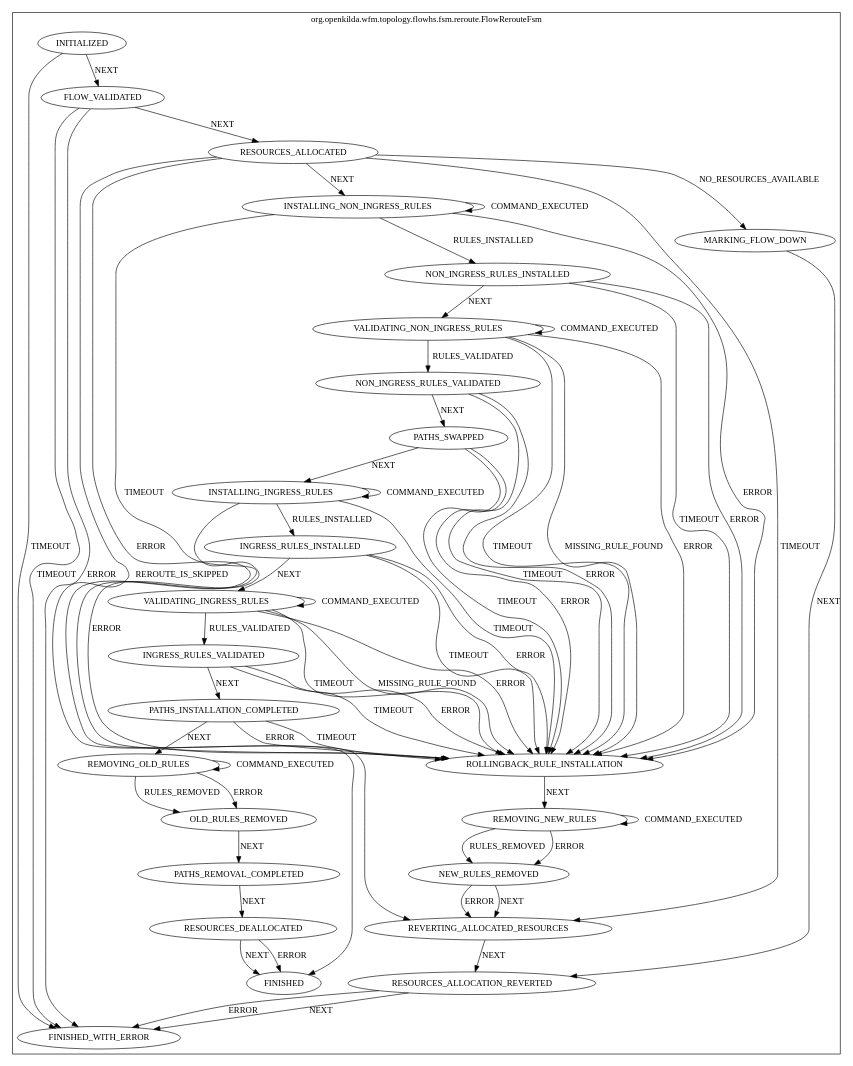
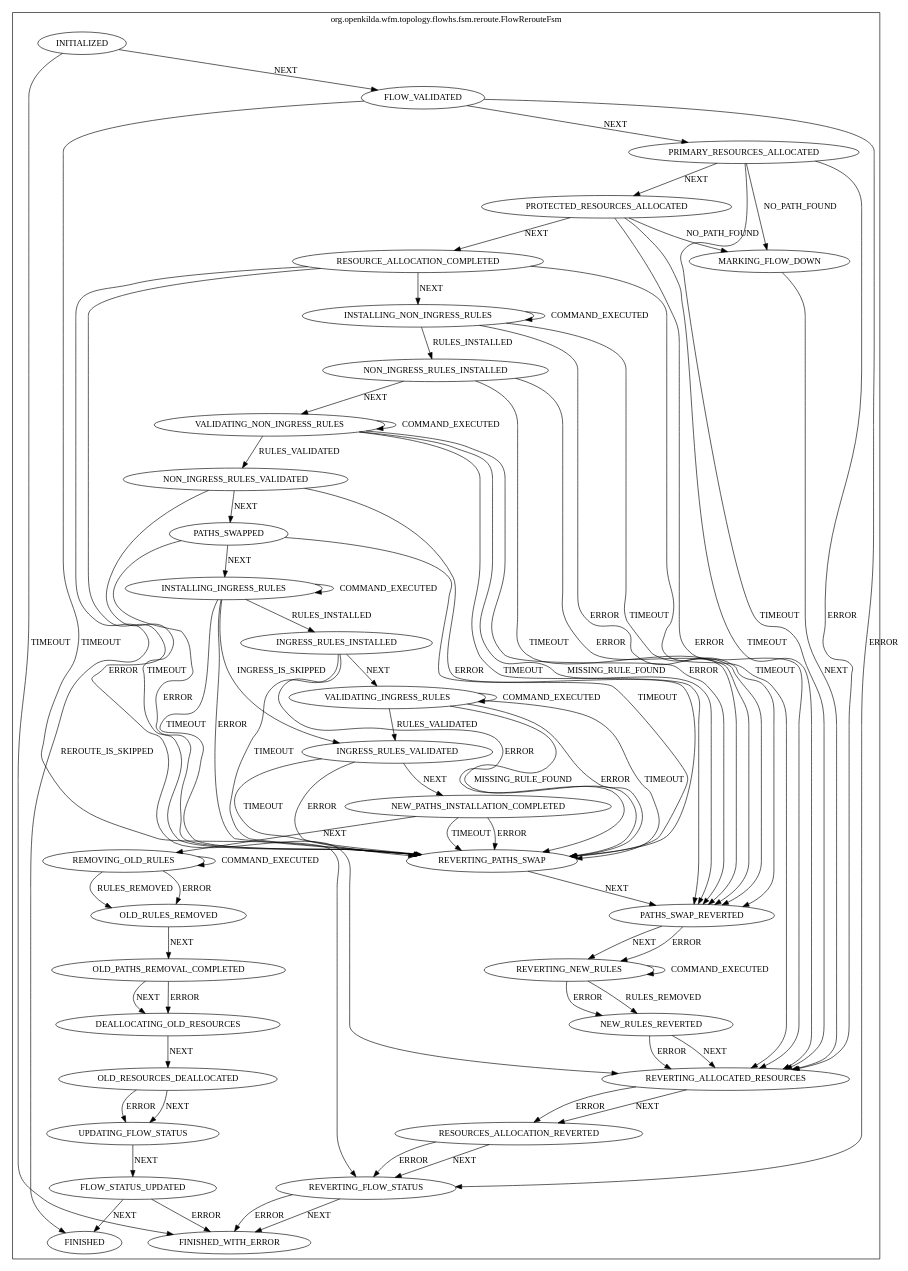
One commit to telstra/open-kilda changed the diagram in docs/design/hub-and-spoke/reroute/flow-reroute-fsm.dot. Above: the diagram before and after it, drawn with Graphviz. The commit also changed 105 other files, not shown here.

Commit message:
Restructure resource allocation step to minimize transaction contention and locks.

```diff
--- a/docs/design/hub-and-spoke/reroute/flow-reroute-fsm.dot
+++ b/docs/design/hub-and-spoke/reroute/flow-reroute-fsm.dot
@@ -1,93 +1,118 @@
 digraph {
 compound=true;
 subgraph cluster_StateMachine {
 label="org.openkilda.wfm.topology.flowhs.fsm.reroute.FlowRerouteFsm";
+PATHS_SWAPPED [label="PATHS_SWAPPED"];
+FINISHED [label="FINISHED"];
+VALIDATING_NON_INGRESS_RULES [label="VALIDATING_NON_INGRESS_RULES"];
+INSTALLING_NON_INGRESS_RULES [label="INSTALLING_NON_INGRESS_RULES"];
+REVERTING_NEW_RULES [label="REVERTING_NEW_RULES"];
+REVERTING_PATHS_SWAP [label="REVERTING_PATHS_SWAP"];
+PATHS_SWAP_REVERTED [label="PATHS_SWAP_REVERTED"];
+NEW_RULES_REVERTED [label="NEW_RULES_REVERTED"];
+PROTECTED_RESOURCES_ALLOCATED [label="PROTECTED_RESOURCES_ALLOCATED"];
+RESOURCE_ALLOCATION_COMPLETED [label="RESOURCE_ALLOCATION_COMPLETED"];
 OLD_RULES_REMOVED [label="OLD_RULES_REMOVED"];
+NON_INGRESS_RULES_VALIDATED [label="NON_INGRESS_RULES_VALIDATED"];
+RESOURCES_ALLOCATION_REVERTED [label="RESOURCES_ALLOCATION_REVERTED"];
+OLD_RESOURCES_DEALLOCATED [label="OLD_RESOURCES_DEALLOCATED"];
+UPDATING_FLOW_STATUS [label="UPDATING_FLOW_STATUS"];
+REMOVING_OLD_RULES [label="REMOVING_OLD_RULES"];
+DEALLOCATING_OLD_RESOURCES [label="DEALLOCATING_OLD_RESOURCES"];
+REVERTING_ALLOCATED_RESOURCES [label="REVERTING_ALLOCATED_RESOURCES"];
 INITIALIZED [label="INITIALIZED"];
-ROLLINGBACK_RULE_INSTALLATION [label="ROLLINGBACK_RULE_INSTALLATION"];
-RESOURCES_ALLOCATION_REVERTED [label="RESOURCES_ALLOCATION_REVERTED"];
-RESOURCES_DEALLOCATED [label="RESOURCES_DEALLOCATED"];
-PATHS_INSTALLATION_COMPLETED [label="PATHS_INSTALLATION_COMPLETED"];
-NON_INGRESS_RULES_VALIDATED [label="NON_INGRESS_RULES_VALIDATED"];
-NEW_RULES_REMOVED [label="NEW_RULES_REMOVED"];
-INSTALLING_NON_INGRESS_RULES [label="INSTALLING_NON_INGRESS_RULES"];
-VALIDATING_NON_INGRESS_RULES [label="VALIDATING_NON_INGRESS_RULES"];
-PATHS_SWAPPED [label="PATHS_SWAPPED"];
+VALIDATING_INGRESS_RULES [label="VALIDATING_INGRESS_RULES"];
+INSTALLING_INGRESS_RULES [label="INSTALLING_INGRESS_RULES"];
+PRIMARY_RESOURCES_ALLOCATED [label="PRIMARY_RESOURCES_ALLOCATED"];
+FLOW_STATUS_UPDATED [label="FLOW_STATUS_UPDATED"];
+FLOW_VALIDATED [label="FLOW_VALIDATED"];
+NEW_PATHS_INSTALLATION_COMPLETED [label="NEW_PATHS_INSTALLATION_COMPLETED"];
+INGRESS_RULES_INSTALLED [label="INGRESS_RULES_INSTALLED"];
+FINISHED_WITH_ERROR [label="FINISHED_WITH_ERROR"];
+NON_INGRESS_RULES_INSTALLED [label="NON_INGRESS_RULES_INSTALLED"];
+REVERTING_FLOW_STATUS [label="REVERTING_FLOW_STATUS"];
+MARKING_FLOW_DOWN [label="MARKING_FLOW_DOWN"];
+OLD_PATHS_REMOVAL_COMPLETED [label="OLD_PATHS_REMOVAL_COMPLETED"];
 INGRESS_RULES_VALIDATED [label="INGRESS_RULES_VALIDATED"];
-NON_INGRESS_RULES_INSTALLED [label="NON_INGRESS_RULES_INSTALLED"];
-FINISHED [label="FINISHED"];
-MARKING_FLOW_DOWN [label="MARKING_FLOW_DOWN"];
-REMOVING_NEW_RULES [label="REMOVING_NEW_RULES"];
-FINISHED_WITH_ERROR [label="FINISHED_WITH_ERROR"];
-INGRESS_RULES_INSTALLED [label="INGRESS_RULES_INSTALLED"];
-REVERTING_ALLOCATED_RESOURCES [label="REVERTING_ALLOCATED_RESOURCES"];
-RESOURCES_ALLOCATED [label="RESOURCES_ALLOCATED"];
-REMOVING_OLD_RULES [label="REMOVING_OLD_RULES"];
-VALIDATING_INGRESS_RULES [label="VALIDATING_INGRESS_RULES"];
-PATHS_REMOVAL_COMPLETED [label="PATHS_REMOVAL_COMPLETED"];
-INSTALLING_INGRESS_RULES [label="INSTALLING_INGRESS_RULES"];
-FLOW_VALIDATED [label="FLOW_VALIDATED"];
 
-OLD_RULES_REMOVED -> PATHS_REMOVAL_COMPLETED [ label="NEXT"];
-INITIALIZED -> FLOW_VALIDATED [ label="NEXT"];
-INITIALIZED -> FINISHED_WITH_ERROR [ label="TIMEOUT"];
-ROLLINGBACK_RULE_INSTALLATION -> REMOVING_NEW_RULES [ label="NEXT"];
-RESOURCES_ALLOCATION_REVERTED -> FINISHED_WITH_ERROR [ label="NEXT"];
-RESOURCES_ALLOCATION_REVERTED -> FINISHED_WITH_ERROR [ label="ERROR"];
-RESOURCES_DEALLOCATED -> FINISHED [ label="NEXT"];
-RESOURCES_DEALLOCATED -> FINISHED [ label="ERROR"];
-PATHS_INSTALLATION_COMPLETED -> REMOVING_OLD_RULES [ label="NEXT"];
-PATHS_INSTALLATION_COMPLETED -> ROLLINGBACK_RULE_INSTALLATION [ label="TIMEOUT"];
-PATHS_INSTALLATION_COMPLETED -> ROLLINGBACK_RULE_INSTALLATION [ label="ERROR"];
-NON_INGRESS_RULES_VALIDATED -> PATHS_SWAPPED [ label="NEXT"];
-NON_INGRESS_RULES_VALIDATED -> ROLLINGBACK_RULE_INSTALLATION [ label="TIMEOUT"];
-NON_INGRESS_RULES_VALIDATED -> ROLLINGBACK_RULE_INSTALLATION [ label="ERROR"];
-NEW_RULES_REMOVED -> REVERTING_ALLOCATED_RESOURCES [ label="NEXT"];
-NEW_RULES_REMOVED -> REVERTING_ALLOCATED_RESOURCES [ label="ERROR"];
+PATHS_SWAPPED -> INSTALLING_INGRESS_RULES [ label="NEXT"];
+PATHS_SWAPPED -> REVERTING_PATHS_SWAP [ label="TIMEOUT"];
+PATHS_SWAPPED -> REVERTING_PATHS_SWAP [ label="ERROR"];
+VALIDATING_NON_INGRESS_RULES -> VALIDATING_NON_INGRESS_RULES [ label="COMMAND_EXECUTED"];
+VALIDATING_NON_INGRESS_RULES -> NON_INGRESS_RULES_VALIDATED [ label="RULES_VALIDATED"];
+VALIDATING_NON_INGRESS_RULES -> PATHS_SWAP_REVERTED [ label="TIMEOUT"];
+VALIDATING_NON_INGRESS_RULES -> PATHS_SWAP_REVERTED [ label="MISSING_RULE_FOUND"];
+VALIDATING_NON_INGRESS_RULES -> PATHS_SWAP_REVERTED [ label="ERROR"];
 INSTALLING_NON_INGRESS_RULES -> INSTALLING_NON_INGRESS_RULES [ label="COMMAND_EXECUTED"];
 INSTALLING_NON_INGRESS_RULES -> NON_INGRESS_RULES_INSTALLED [ label="RULES_INSTALLED"];
-INSTALLING_NON_INGRESS_RULES -> ROLLINGBACK_RULE_INSTALLATION [ label="TIMEOUT"];
-INSTALLING_NON_INGRESS_RULES -> ROLLINGBACK_RULE_INSTALLATION [ label="ERROR"];
-VALIDATING_NON_INGRESS_RULES -> VALIDATING_NON_INGRESS_RULES [ label="COMMAND_EXECUTED"];
-VALIDATING_NON_INGRESS_RULES -> NON_INGRESS_RULES_VALIDATED [ label="RULES_VALIDATED"];
-VALIDATING_NON_INGRESS_RULES -> ROLLINGBACK_RULE_INSTALLATION [ label="TIMEOUT"];
-VALIDATING_NON_INGRESS_RULES -> ROLLINGBACK_RULE_INSTALLATION [ label="MISSING_RULE_FOUND"];
-VALIDATING_NON_INGRESS_RULES -> ROLLINGBACK_RULE_INSTALLATION [ label="ERROR"];
-PATHS_SWAPPED -> INSTALLING_INGRESS_RULES [ label="NEXT"];
-PATHS_SWAPPED -> ROLLINGBACK_RULE_INSTALLATION [ label="TIMEOUT"];
-PATHS_SWAPPED -> ROLLINGBACK_RULE_INSTALLATION [ label="ERROR"];
-INGRESS_RULES_VALIDATED -> PATHS_INSTALLATION_COMPLETED [ label="NEXT"];
-INGRESS_RULES_VALIDATED -> ROLLINGBACK_RULE_INSTALLATION [ label="TIMEOUT"];
-INGRESS_RULES_VALIDATED -> ROLLINGBACK_RULE_INSTALLATION [ label="ERROR"];
-NON_INGRESS_RULES_INSTALLED -> VALIDATING_NON_INGRESS_RULES [ label="NEXT"];
-NON_INGRESS_RULES_INSTALLED -> ROLLINGBACK_RULE_INSTALLATION [ label="TIMEOUT"];
-NON_INGRESS_RULES_INSTALLED -> ROLLINGBACK_RULE_INSTALLATION [ label="ERROR"];
-MARKING_FLOW_DOWN -> RESOURCES_ALLOCATION_REVERTED [ label="NEXT"];
-REMOVING_NEW_RULES -> REMOVING_NEW_RULES [ label="COMMAND_EXECUTED"];
-REMOVING_NEW_RULES -> NEW_RULES_REMOVED [ label="RULES_REMOVED"];
-REMOVING_NEW_RULES -> NEW_RULES_REMOVED [ label="ERROR"];
-INGRESS_RULES_INSTALLED -> VALIDATING_INGRESS_RULES [ label="NEXT"];
-INGRESS_RULES_INSTALLED -> ROLLINGBACK_RULE_INSTALLATION [ label="TIMEOUT"];
-INGRESS_RULES_INSTALLED -> ROLLINGBACK_RULE_INSTALLATION [ label="ERROR"];
-REVERTING_ALLOCATED_RESOURCES -> RESOURCES_ALLOCATION_REVERTED [ label="NEXT"];
-RESOURCES_ALLOCATED -> INSTALLING_NON_INGRESS_RULES [ label="NEXT"];
-RESOURCES_ALLOCATED -> MARKING_FLOW_DOWN [ label="NO_RESOURCES_AVAILABLE"];
-RESOURCES_ALLOCATED -> FINISHED [ label="REROUTE_IS_SKIPPED"];
-RESOURCES_ALLOCATED -> REVERTING_ALLOCATED_RESOURCES [ label="TIMEOUT"];
-RESOURCES_ALLOCATED -> REVERTING_ALLOCATED_RESOURCES [ label="ERROR"];
+INSTALLING_NON_INGRESS_RULES -> PATHS_SWAP_REVERTED [ label="TIMEOUT"];
+INSTALLING_NON_INGRESS_RULES -> PATHS_SWAP_REVERTED [ label="ERROR"];
+REVERTING_NEW_RULES -> REVERTING_NEW_RULES [ label="COMMAND_EXECUTED"];
+REVERTING_NEW_RULES -> NEW_RULES_REVERTED [ label="RULES_REMOVED"];
+REVERTING_NEW_RULES -> NEW_RULES_REVERTED [ label="ERROR"];
+REVERTING_PATHS_SWAP -> PATHS_SWAP_REVERTED [ label="NEXT"];
+PATHS_SWAP_REVERTED -> REVERTING_NEW_RULES [ label="NEXT"];
+PATHS_SWAP_REVERTED -> REVERTING_NEW_RULES [ label="ERROR"];
+NEW_RULES_REVERTED -> REVERTING_ALLOCATED_RESOURCES [ label="NEXT"];
+NEW_RULES_REVERTED -> REVERTING_ALLOCATED_RESOURCES [ label="ERROR"];
+PROTECTED_RESOURCES_ALLOCATED -> RESOURCE_ALLOCATION_COMPLETED [ label="NEXT"];
+PROTECTED_RESOURCES_ALLOCATED -> MARKING_FLOW_DOWN [ label="NO_PATH_FOUND"];
+PROTECTED_RESOURCES_ALLOCATED -> REVERTING_ALLOCATED_RESOURCES [ label="TIMEOUT"];
+PROTECTED_RESOURCES_ALLOCATED -> REVERTING_ALLOCATED_RESOURCES [ label="ERROR"];
+RESOURCE_ALLOCATION_COMPLETED -> INSTALLING_NON_INGRESS_RULES [ label="NEXT"];
+RESOURCE_ALLOCATION_COMPLETED -> FINISHED [ label="REROUTE_IS_SKIPPED"];
+RESOURCE_ALLOCATION_COMPLETED -> REVERTING_ALLOCATED_RESOURCES [ label="TIMEOUT"];
+RESOURCE_ALLOCATION_COMPLETED -> REVERTING_ALLOCATED_RESOURCES [ label="ERROR"];
+OLD_RULES_REMOVED -> OLD_PATHS_REMOVAL_COMPLETED [ label="NEXT"];
+NON_INGRESS_RULES_VALIDATED -> PATHS_SWAPPED [ label="NEXT"];
+NON_INGRESS_RULES_VALIDATED -> REVERTING_PATHS_SWAP [ label="TIMEOUT"];
+NON_INGRESS_RULES_VALIDATED -> REVERTING_PATHS_SWAP [ label="ERROR"];
+RESOURCES_ALLOCATION_REVERTED -> REVERTING_FLOW_STATUS [ label="NEXT"];
+RESOURCES_ALLOCATION_REVERTED -> REVERTING_FLOW_STATUS [ label="ERROR"];
+OLD_RESOURCES_DEALLOCATED -> UPDATING_FLOW_STATUS [ label="NEXT"];
+OLD_RESOURCES_DEALLOCATED -> UPDATING_FLOW_STATUS [ label="ERROR"];
+UPDATING_FLOW_STATUS -> FLOW_STATUS_UPDATED [ label="NEXT"];
 REMOVING_OLD_RULES -> REMOVING_OLD_RULES [ label="COMMAND_EXECUTED"];
 REMOVING_OLD_RULES -> OLD_RULES_REMOVED [ label="RULES_REMOVED"];
 REMOVING_OLD_RULES -> OLD_RULES_REMOVED [ label="ERROR"];
+DEALLOCATING_OLD_RESOURCES -> OLD_RESOURCES_DEALLOCATED [ label="NEXT"];
+REVERTING_ALLOCATED_RESOURCES -> RESOURCES_ALLOCATION_REVERTED [ label="NEXT"];
+REVERTING_ALLOCATED_RESOURCES -> RESOURCES_ALLOCATION_REVERTED [ label="ERROR"];
+INITIALIZED -> FLOW_VALIDATED [ label="NEXT"];
+INITIALIZED -> FINISHED_WITH_ERROR [ label="TIMEOUT"];
 VALIDATING_INGRESS_RULES -> VALIDATING_INGRESS_RULES [ label="COMMAND_EXECUTED"];
 VALIDATING_INGRESS_RULES -> INGRESS_RULES_VALIDATED [ label="RULES_VALIDATED"];
-VALIDATING_INGRESS_RULES -> ROLLINGBACK_RULE_INSTALLATION [ label="TIMEOUT"];
-VALIDATING_INGRESS_RULES -> ROLLINGBACK_RULE_INSTALLATION [ label="MISSING_RULE_FOUND"];
-VALIDATING_INGRESS_RULES -> ROLLINGBACK_RULE_INSTALLATION [ label="ERROR"];
-PATHS_REMOVAL_COMPLETED -> RESOURCES_DEALLOCATED [ label="NEXT"];
+VALIDATING_INGRESS_RULES -> REVERTING_PATHS_SWAP [ label="TIMEOUT"];
+VALIDATING_INGRESS_RULES -> REVERTING_PATHS_SWAP [ label="MISSING_RULE_FOUND"];
+VALIDATING_INGRESS_RULES -> REVERTING_PATHS_SWAP [ label="ERROR"];
 INSTALLING_INGRESS_RULES -> INSTALLING_INGRESS_RULES [ label="COMMAND_EXECUTED"];
 INSTALLING_INGRESS_RULES -> INGRESS_RULES_INSTALLED [ label="RULES_INSTALLED"];
-INSTALLING_INGRESS_RULES -> ROLLINGBACK_RULE_INSTALLATION [ label="TIMEOUT"];
-INSTALLING_INGRESS_RULES -> ROLLINGBACK_RULE_INSTALLATION [ label="ERROR"];
-FLOW_VALIDATED -> RESOURCES_ALLOCATED [ label="NEXT"];
-FLOW_VALIDATED -> FINISHED_WITH_ERROR [ label="TIMEOUT"];
-FLOW_VALIDATED -> FINISHED_WITH_ERROR [ label="ERROR"];}}
+INSTALLING_INGRESS_RULES -> INGRESS_RULES_VALIDATED [ label="INGRESS_IS_SKIPPED"];
+INSTALLING_INGRESS_RULES -> REVERTING_PATHS_SWAP [ label="TIMEOUT"];
+INSTALLING_INGRESS_RULES -> REVERTING_PATHS_SWAP [ label="ERROR"];
+PRIMARY_RESOURCES_ALLOCATED -> PROTECTED_RESOURCES_ALLOCATED [ label="NEXT"];
+PRIMARY_RESOURCES_ALLOCATED -> MARKING_FLOW_DOWN [ label="NO_PATH_FOUND"];
+PRIMARY_RESOURCES_ALLOCATED -> REVERTING_ALLOCATED_RESOURCES [ label="TIMEOUT"];
+PRIMARY_RESOURCES_ALLOCATED -> REVERTING_ALLOCATED_RESOURCES [ label="ERROR"];
+FLOW_STATUS_UPDATED -> FINISHED [ label="NEXT"];
+FLOW_STATUS_UPDATED -> FINISHED_WITH_ERROR [ label="ERROR"];
+FLOW_VALIDATED -> PRIMARY_RESOURCES_ALLOCATED [ label="NEXT"];
+FLOW_VALIDATED -> REVERTING_FLOW_STATUS [ label="TIMEOUT"];
+FLOW_VALIDATED -> REVERTING_FLOW_STATUS [ label="ERROR"];
+NEW_PATHS_INSTALLATION_COMPLETED -> REMOVING_OLD_RULES [ label="NEXT"];
+NEW_PATHS_INSTALLATION_COMPLETED -> REVERTING_PATHS_SWAP [ label="TIMEOUT"];
+NEW_PATHS_INSTALLATION_COMPLETED -> REVERTING_PATHS_SWAP [ label="ERROR"];
+INGRESS_RULES_INSTALLED -> VALIDATING_INGRESS_RULES [ label="NEXT"];
+INGRESS_RULES_INSTALLED -> REVERTING_PATHS_SWAP [ label="TIMEOUT"];
+INGRESS_RULES_INSTALLED -> REVERTING_PATHS_SWAP [ label="ERROR"];
+NON_INGRESS_RULES_INSTALLED -> VALIDATING_NON_INGRESS_RULES [ label="NEXT"];
+NON_INGRESS_RULES_INSTALLED -> PATHS_SWAP_REVERTED [ label="TIMEOUT"];
+NON_INGRESS_RULES_INSTALLED -> PATHS_SWAP_REVERTED [ label="ERROR"];
+REVERTING_FLOW_STATUS -> FINISHED_WITH_ERROR [ label="NEXT"];
+REVERTING_FLOW_STATUS -> FINISHED_WITH_ERROR [ label="ERROR"];
+MARKING_FLOW_DOWN -> REVERTING_ALLOCATED_RESOURCES [ label="NEXT"];
+OLD_PATHS_REMOVAL_COMPLETED -> DEALLOCATING_OLD_RESOURCES [ label="NEXT"];
+OLD_PATHS_REMOVAL_COMPLETED -> DEALLOCATING_OLD_RESOURCES [ label="ERROR"];
+INGRESS_RULES_VALIDATED -> NEW_PATHS_INSTALLATION_COMPLETED [ label="NEXT"];
+INGRESS_RULES_VALIDATED -> REVERTING_PATHS_SWAP [ label="TIMEOUT"];
+INGRESS_RULES_VALIDATED -> REVERTING_PATHS_SWAP [ label="ERROR"];}}
```
